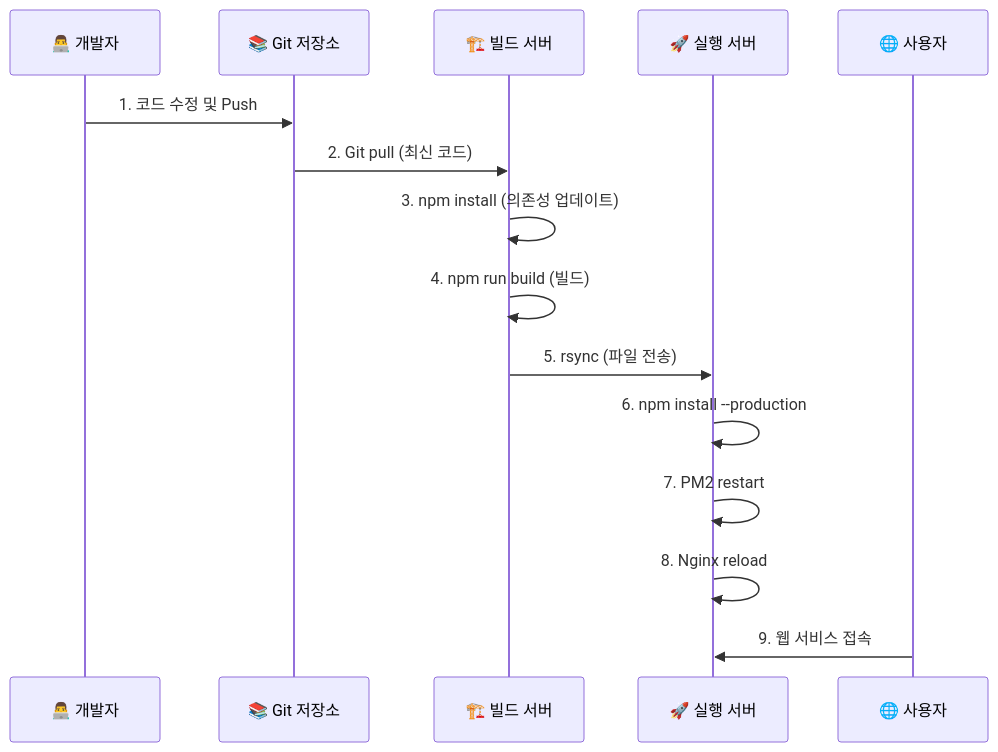
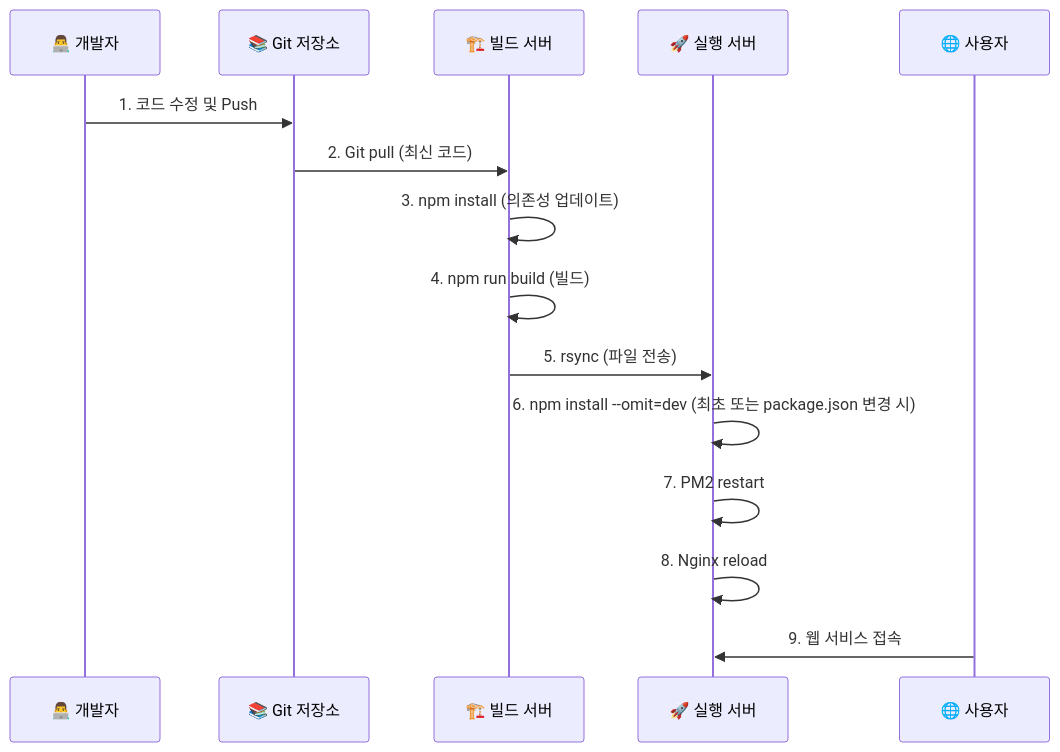
One commit to sweetk-dev/05-IITP-DABT-Admin changed the third of 7 diagrams in script/README-SERVER-DEPLOYMENT.md. Above: the diagram before and after it, drawn with Mermaid. The commit also changed other lines of this file and 4 other files, not shown here.

````diff
--- a/script/README-SERVER-DEPLOYMENT.md
+++ b/script/README-SERVER-DEPLOYMENT.md
@@ -44,18 +44,18 @@
 ```mermaid
 sequenceDiagram
     participant Dev as 👨‍💻 개발자
     participant Git as 📚 Git 저장소
     participant Build as 🏗️ 빌드 서버
     participant Deploy as 🚀 실행 서버
     participant User as 🌐 사용자
     
     Dev->>Git: 1. 코드 수정 및 Push
     Git->>Build: 2. Git pull (최신 코드)
     Build->>Build: 3. npm install (의존성 업데이트)
     Build->>Build: 4. npm run build (빌드)
     Build->>Deploy: 5. rsync (파일 전송)
-    Deploy->>Deploy: 6. npm install --production
+    Deploy->>Deploy: 6. npm install --omit=dev (최초 또는 package.json 변경 시)
     Deploy->>Deploy: 7. PM2 restart
     Deploy->>Deploy: 8. Nginx reload
     User->>Deploy: 9. 웹 서비스 접속
 ```
````
